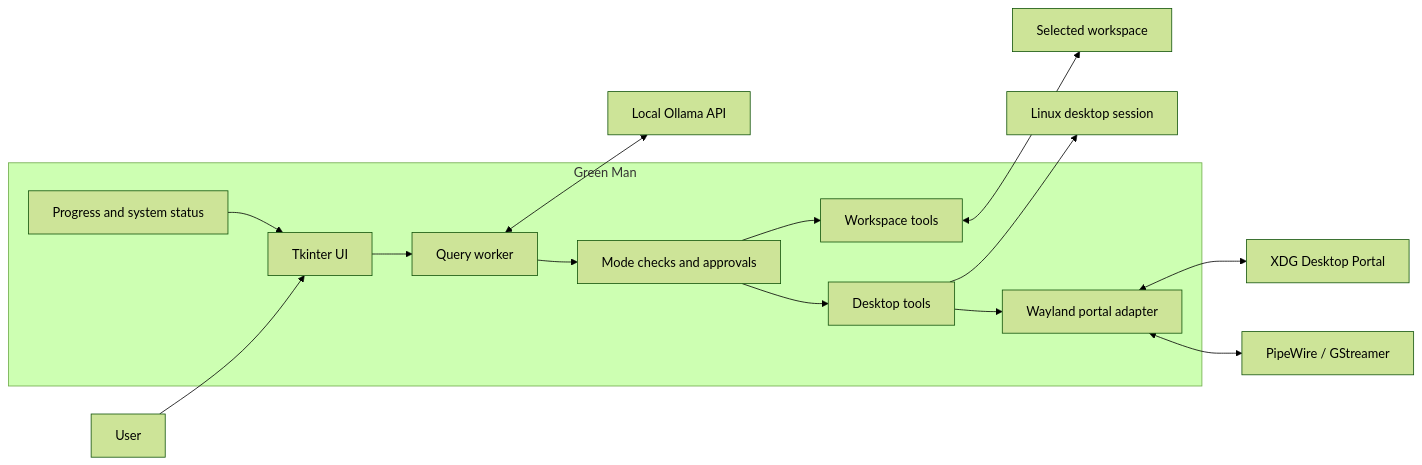
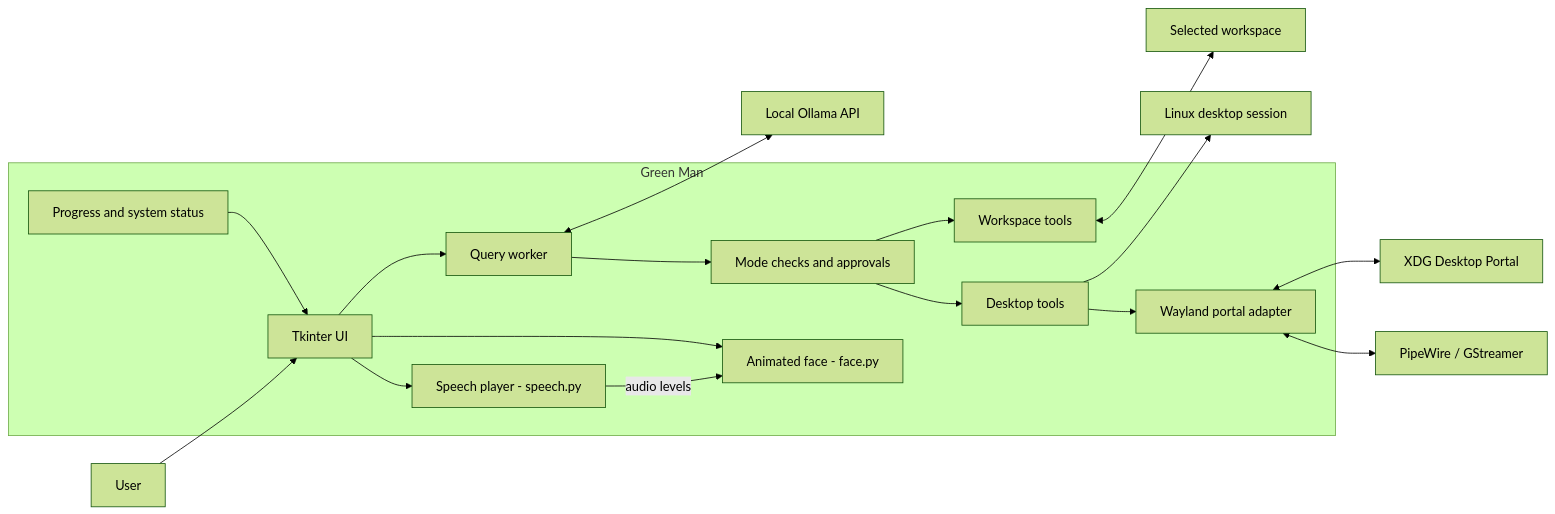
The first of 2 diagrams in README.md (bryanspms/GreenMan), drawn with Mermaid (forest theme) before and after one commit. The commit also changed other lines of this file and 3 other files, not shown here.

Commit message:
chore: Remove demo video files and update README with animated face details

````diff
--- a/README.md
+++ b/README.md
@@ -22,31 +23,36 @@
 ```mermaid
 flowchart LR
     User[User]
     subgraph App[Green Man]
         UI[Tkinter UI]
+        Face[Animated face - face.py]
+        Speech[Speech player - speech.py]
         Turn[Query worker]
         Guard[Mode checks and approvals]
         Files[Workspace tools]
         Desktop[Desktop tools]
         Wayland[Wayland portal adapter]
         Status[Progress and system status]
     end
     Ollama[Local Ollama API]
     Workspace[Selected workspace]
     Portal[XDG Desktop Portal]
     PipeWire[PipeWire / GStreamer]
     Linux[Linux desktop session]
 
     User --> UI
     UI --> Turn
+    UI --> Face
+    UI --> Speech
+    Speech -- audio levels --> Face
     Turn <--> Ollama
     Turn --> Guard
     Guard --> Files
     Guard --> Desktop
     Files <--> Workspace
     Desktop --> Linux
     Desktop --> Wayland
     Wayland <--> Portal
     Wayland <--> PipeWire
     Status --> UI
 ```
````
